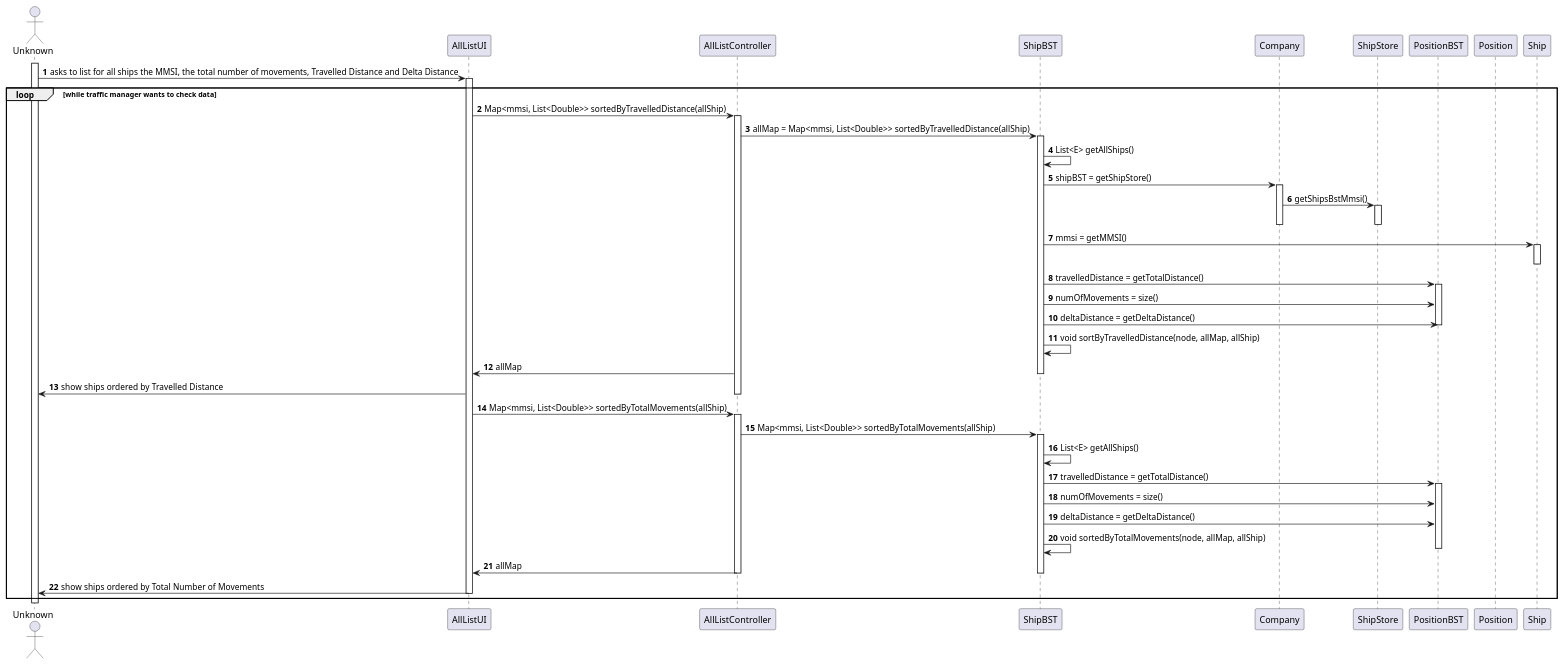
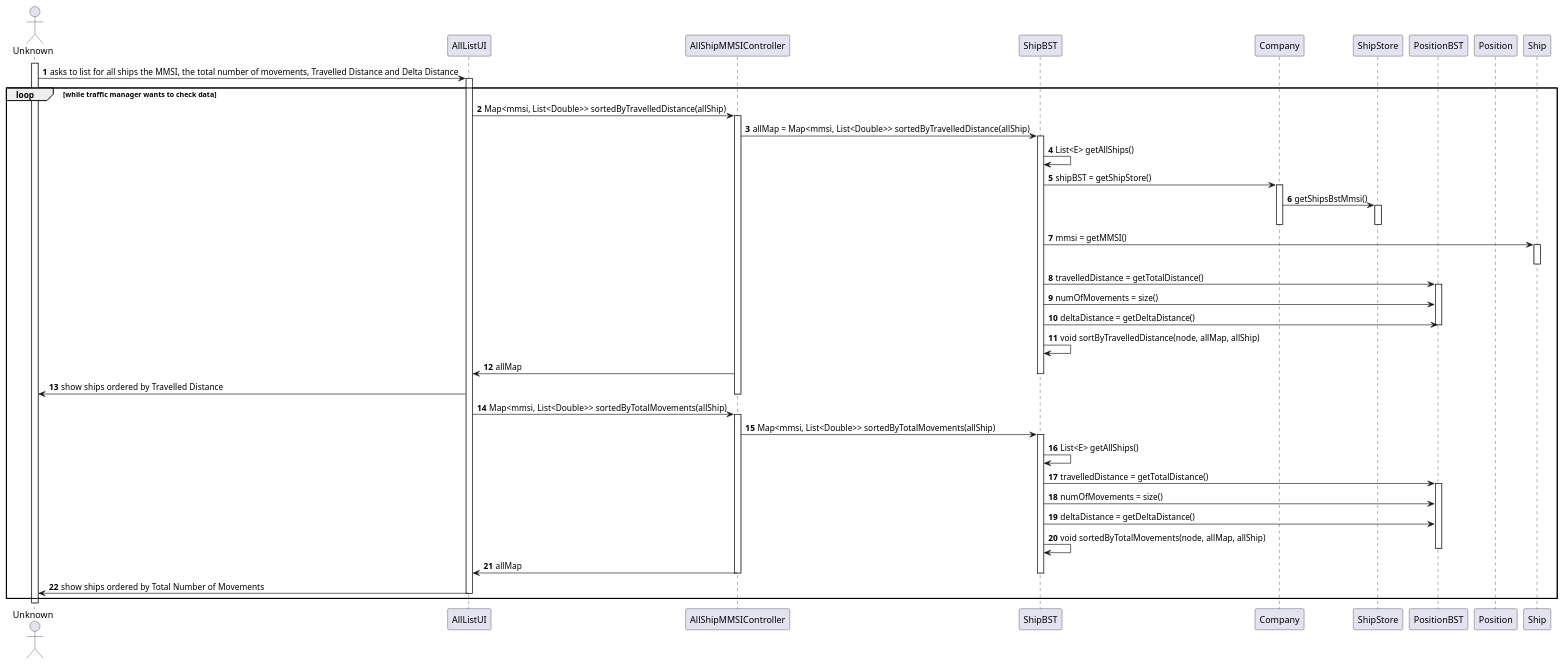
The diagram in docs/US105/US105_SD.puml (ana-albergaria/LAPR3-ISEP), drawn with PlantUML before and after one commit. The commit also changed 6 other files, not shown here.

```diff
--- a/docs/US105/US105_SD.puml
+++ b/docs/US105/US105_SD.puml
@@ -1,67 +1,67 @@
 @startuml
 autonumber
 'hide footbox
 actor "Unknown" as ADM
 
 participant "AllListUI" as UI
-participant "AllListController" as CTRL
+participant "AllShipMMSIController" as CTRL
 participant "ShipBST" as STORE
 participant "Company" as COMP
 participant "ShipStore" as SHSTR
 participant "PositionBST" as BST
 participant "Position" as POS
 participant "Ship" as SHIP
 
 
 activate ADM
 ADM -> UI : asks to list for all ships the MMSI, the total number of movements, Travelled Distance and Delta Distance
 activate UI
 loop while traffic manager wants to check data
 
 UI -> CTRL : Map<mmsi, List<Double>> sortedByTravelledDistance(allShip)
 activate CTRL
 CTRL -> STORE : allMap = Map<mmsi, List<Double>> sortedByTravelledDistance(allShip)
 activate STORE
 STORE -> STORE : List<E> getAllShips()
 STORE -> COMP : shipBST = getShipStore()
 activate COMP
 COMP -> SHSTR : getShipsBstMmsi()
 activate SHSTR
 deactivate SHSTR
 deactivate COMP
 STORE -> SHIP : mmsi = getMMSI()
 activate SHIP
 deactivate SHIP
 STORE -> BST : travelledDistance = getTotalDistance()
 activate BST
 STORE -> BST : numOfMovements = size()
 STORE -> BST : deltaDistance = getDeltaDistance()
 deactivate BST
 STORE -> STORE : void sortByTravelledDistance(node, allMap, allShip)
 CTRL -> UI : allMap
 deactivate STORE
 UI -> ADM : show ships ordered by Travelled Distance
 deactivate CTRL
 
 UI -> CTRL : Map<mmsi, List<Double>> sortedByTotalMovements(allShip)
 activate CTRL
 CTRL -> STORE : Map<mmsi, List<Double>> sortedByTotalMovements(allShip)
 activate STORE
 STORE -> STORE : List<E> getAllShips()
 STORE -> BST : travelledDistance = getTotalDistance()
 activate BST
 STORE -> BST : numOfMovements = size()
 STORE -> BST : deltaDistance = getDeltaDistance()
 STORE -> STORE : void sortedByTotalMovements(node, allMap, allShip)
 deactivate BST
 CTRL -> UI : allMap
 
 deactivate STORE
 
 deactivate CTRL
 UI -> ADM : show ships ordered by Total Number of Movements
 deactivate UI
 end
 deactivate ADM
 
 @enduml
```
